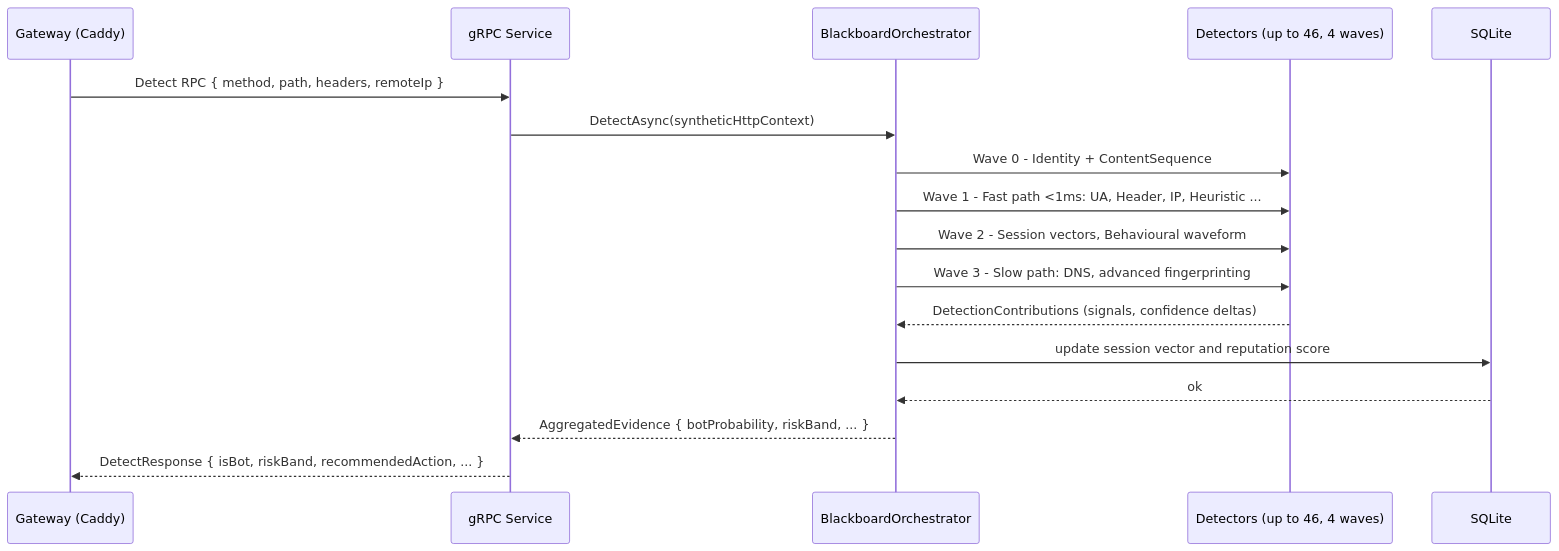
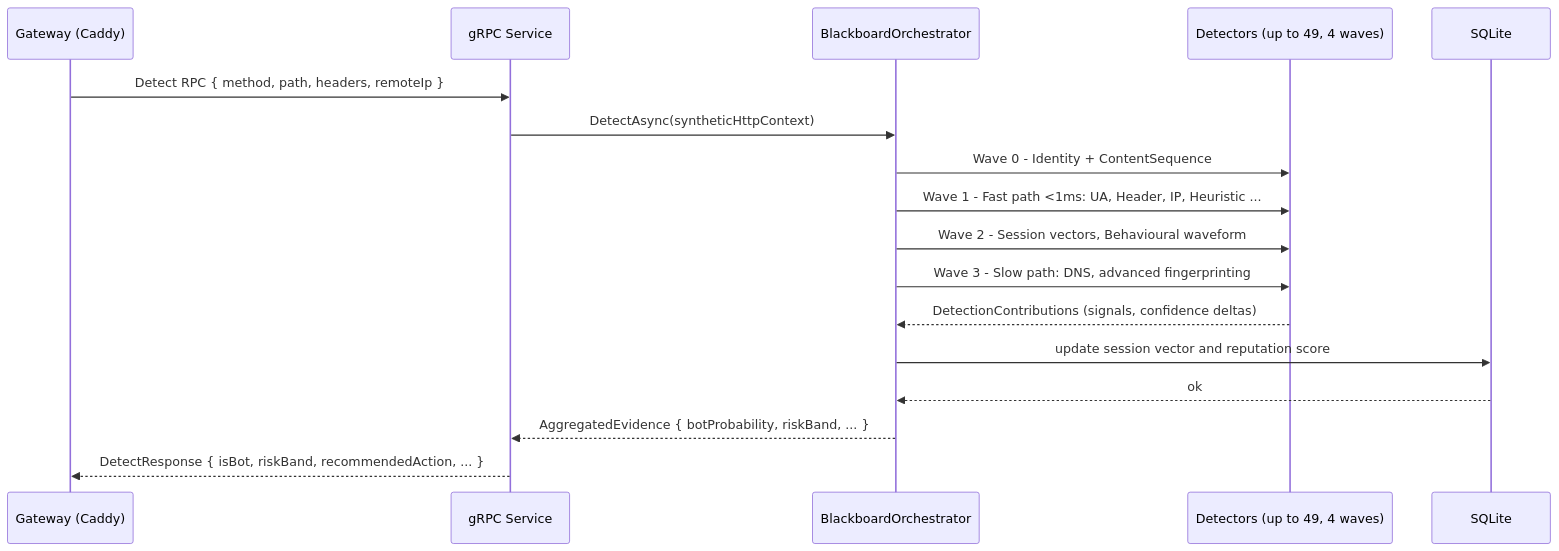
The second of 4 diagrams in Mostlylucid/Markdown/sidecar-architecture.md (scottgal/mostlylucidweb), drawn with Mermaid before and after one commit. The commit also changed other lines of this file and 41 other files, not shown here.

````diff
--- a/Mostlylucid/Markdown/sidecar-architecture.md
+++ b/Mostlylucid/Markdown/sidecar-architecture.md
@@ -97,20 +99,20 @@
 ```mermaid
 sequenceDiagram
     participant GW as Gateway (Caddy)
     participant SD as gRPC Service
     participant ORC as BlackboardOrchestrator
-    participant DET as Detectors (up to 46, 4 waves)
+    participant DET as Detectors (up to 49, 4 waves)
     participant DB as SQLite
 
     GW->>SD: Detect RPC { method, path, headers, remoteIp }
     SD->>ORC: DetectAsync(syntheticHttpContext)
     ORC->>DET: Wave 0 - Identity + ContentSequence
     ORC->>DET: Wave 1 - Fast path <1ms: UA, Header, IP, Heuristic ...
     ORC->>DET: Wave 2 - Session vectors, Behavioural waveform
     ORC->>DET: Wave 3 - Slow path: DNS, advanced fingerprinting
     DET-->>ORC: DetectionContributions (signals, confidence deltas)
     ORC->>DB: update session vector and reputation score
     DB-->>ORC: ok
     ORC-->>SD: AggregatedEvidence { botProbability, riskBand, ... }
     SD-->>GW: DetectResponse { isBot, riskBand, recommendedAction, ... }
 ```
````
